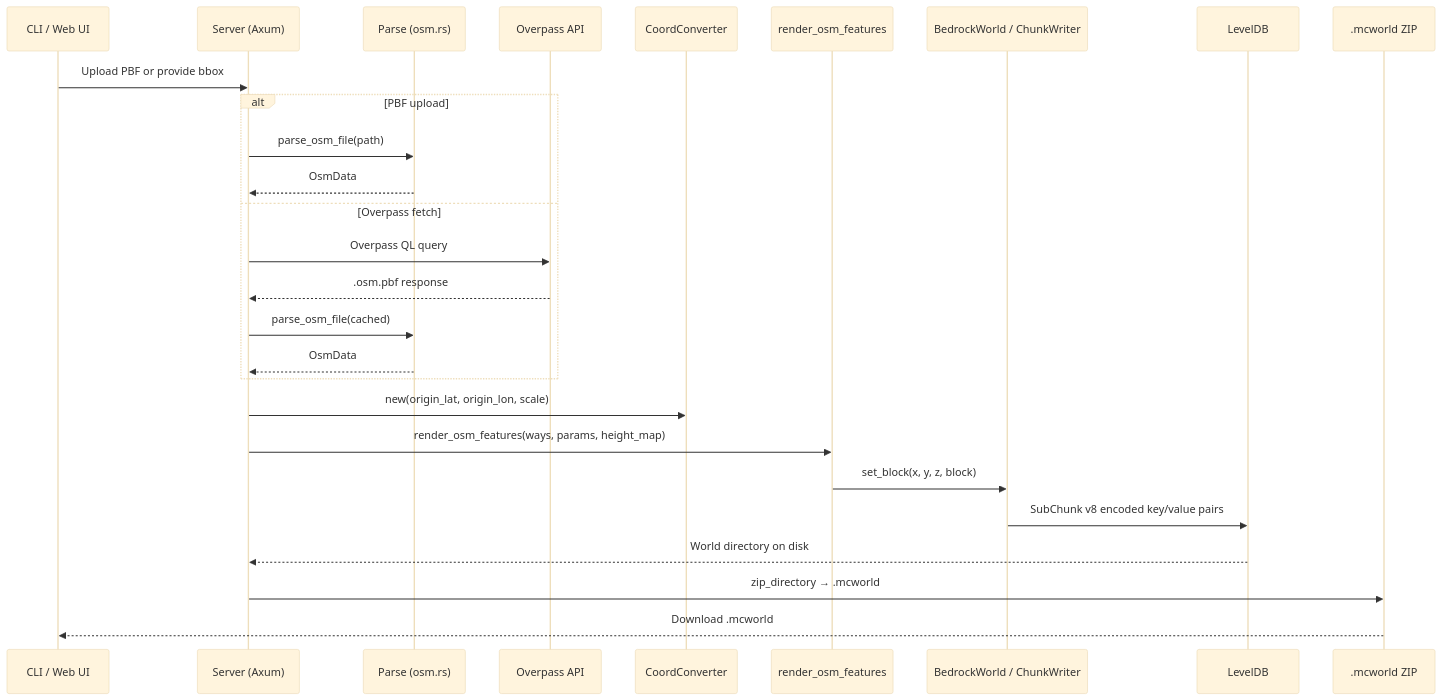
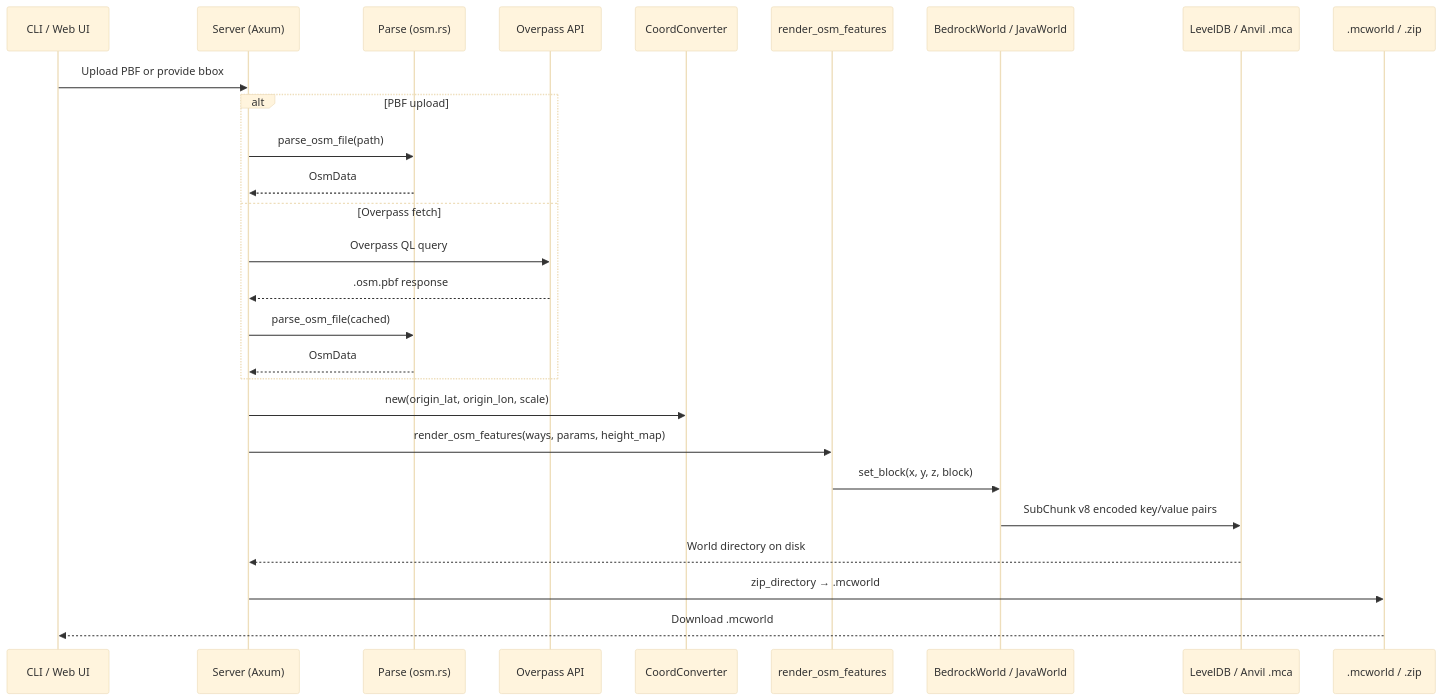
One commit to paulrobello/osm-to-bedrock changed the third of 4 diagrams in docs/ARCHITECTURE.md. Above: the diagram before and after it, drawn with Mermaid (base theme). The commit also changed other lines of this file and 5 other files, not shown here.

````diff
--- a/docs/ARCHITECTURE.md
+++ b/docs/ARCHITECTURE.md
@@ -167,30 +170,30 @@
 ```mermaid
 sequenceDiagram
     participant User as CLI / Web UI
     participant Server as Server (Axum)
     participant Parse as Parse (osm.rs)
     participant Overpass as Overpass API
     participant Conv as CoordConverter
     participant Render as render_osm_features
-    participant BW as BedrockWorld / ChunkWriter
-    participant LDB as LevelDB
-    participant ZIP as .mcworld ZIP
+    participant BW as BedrockWorld / JavaWorld
+    participant LDB as LevelDB / Anvil .mca
+    participant ZIP as .mcworld / .zip
 
     User->>Server: Upload PBF or provide bbox
     alt PBF upload
         Server->>Parse: parse_osm_file(path)
         Parse-->>Server: OsmData
     else Overpass fetch
         Server->>Overpass: Overpass QL query
         Overpass-->>Server: .osm.pbf response
         Server->>Parse: parse_osm_file(cached)
         Parse-->>Server: OsmData
     end
     Server->>Conv: new(origin_lat, origin_lon, scale)
     Server->>Render: render_osm_features(ways, params, height_map)
     Render->>BW: set_block(x, y, z, block)
     BW->>LDB: SubChunk v8 encoded key/value pairs
     LDB-->>Server: World directory on disk
     Server->>ZIP: zip_directory → .mcworld
     ZIP-->>User: Download .mcworld
 ```
````
